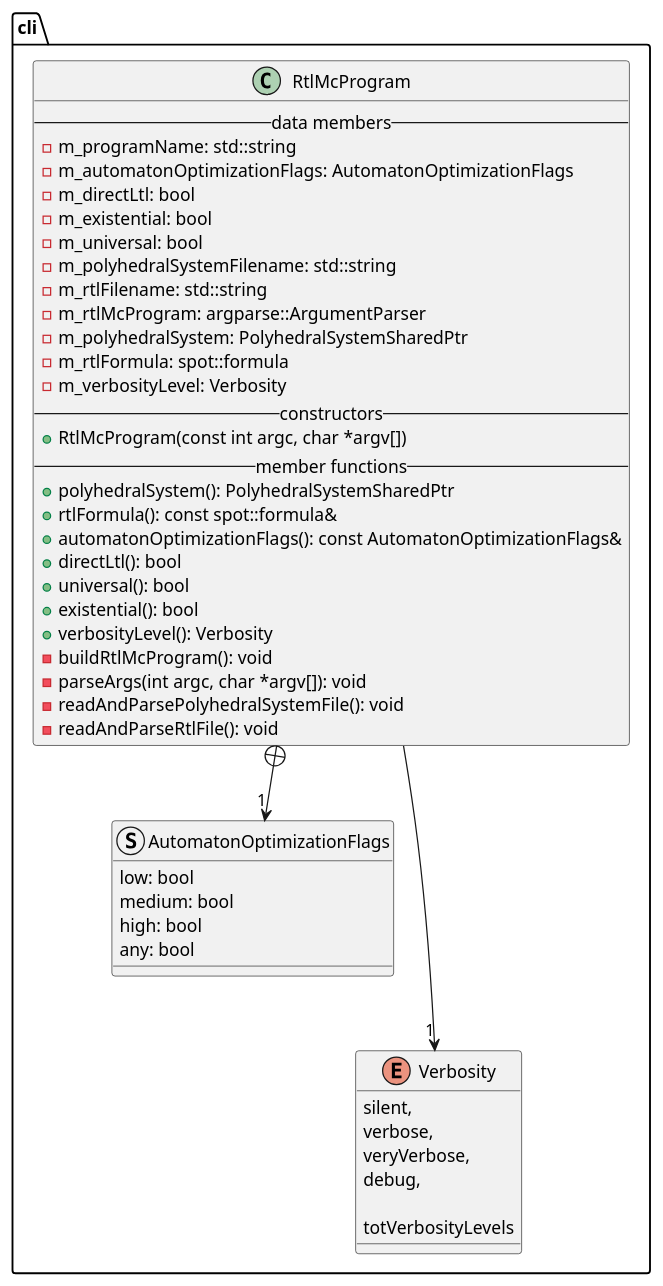
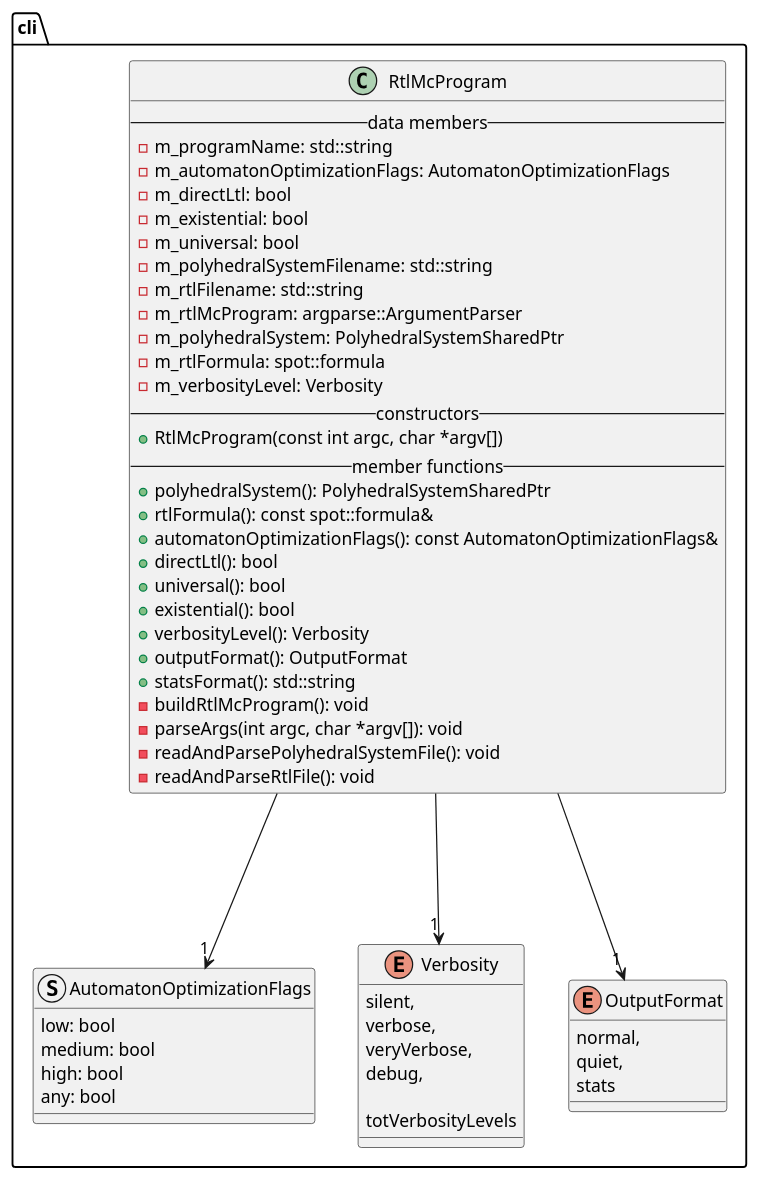
One commit to vtramo/rtl-mc changed the diagram in docs/plantuml/cli.puml. Above: the diagram before and after it, drawn with PlantUML. The commit also changed 23 other files, not shown here.

```diff
--- a/docs/plantuml/cli.puml
+++ b/docs/plantuml/cli.puml
@@ -1,53 +1,62 @@
 @startuml
 
 package cli {
     class RtlMcProgram {
         --data members--
         -m_programName: std::string
         -m_automatonOptimizationFlags: AutomatonOptimizationFlags
         -m_directLtl: bool
         -m_existential: bool
         -m_universal: bool
         -m_polyhedralSystemFilename: std::string
         -m_rtlFilename: std::string
         -m_rtlMcProgram: argparse::ArgumentParser
         -m_polyhedralSystem: PolyhedralSystemSharedPtr
         -m_rtlFormula: spot::formula
         -m_verbosityLevel: Verbosity
         --constructors--
         +RtlMcProgram(const int argc, char *argv[])
         --member functions--
         +polyhedralSystem(): PolyhedralSystemSharedPtr
         +rtlFormula(): const spot::formula&
         +automatonOptimizationFlags(): const AutomatonOptimizationFlags&
         +directLtl(): bool
         +universal(): bool
         +existential(): bool
         +verbosityLevel(): Verbosity
+        +outputFormat(): OutputFormat
+        +statsFormat(): std::string
         -buildRtlMcProgram(): void
         -parseArgs(int argc, char *argv[]): void
         -readAndParsePolyhedralSystemFile(): void
         -readAndParseRtlFile(): void
     }
 
     struct AutomatonOptimizationFlags {
         low: bool
         medium: bool
         high: bool
         any: bool
     }
 
     enum Verbosity {
         silent,
         verbose,
         veryVerbose,
         debug,
 
         totVerbosityLevels
     }
+
+    enum OutputFormat {
+        normal,
+        quiet,
+        stats
+    }
 }
 
-RtlMcProgram +--> "1" AutomatonOptimizationFlags
+RtlMcProgram ---> "1" AutomatonOptimizationFlags
 RtlMcProgram ---> "1" Verbosity
+RtlMcProgram ---> "1" OutputFormat
 
 @enduml
```
